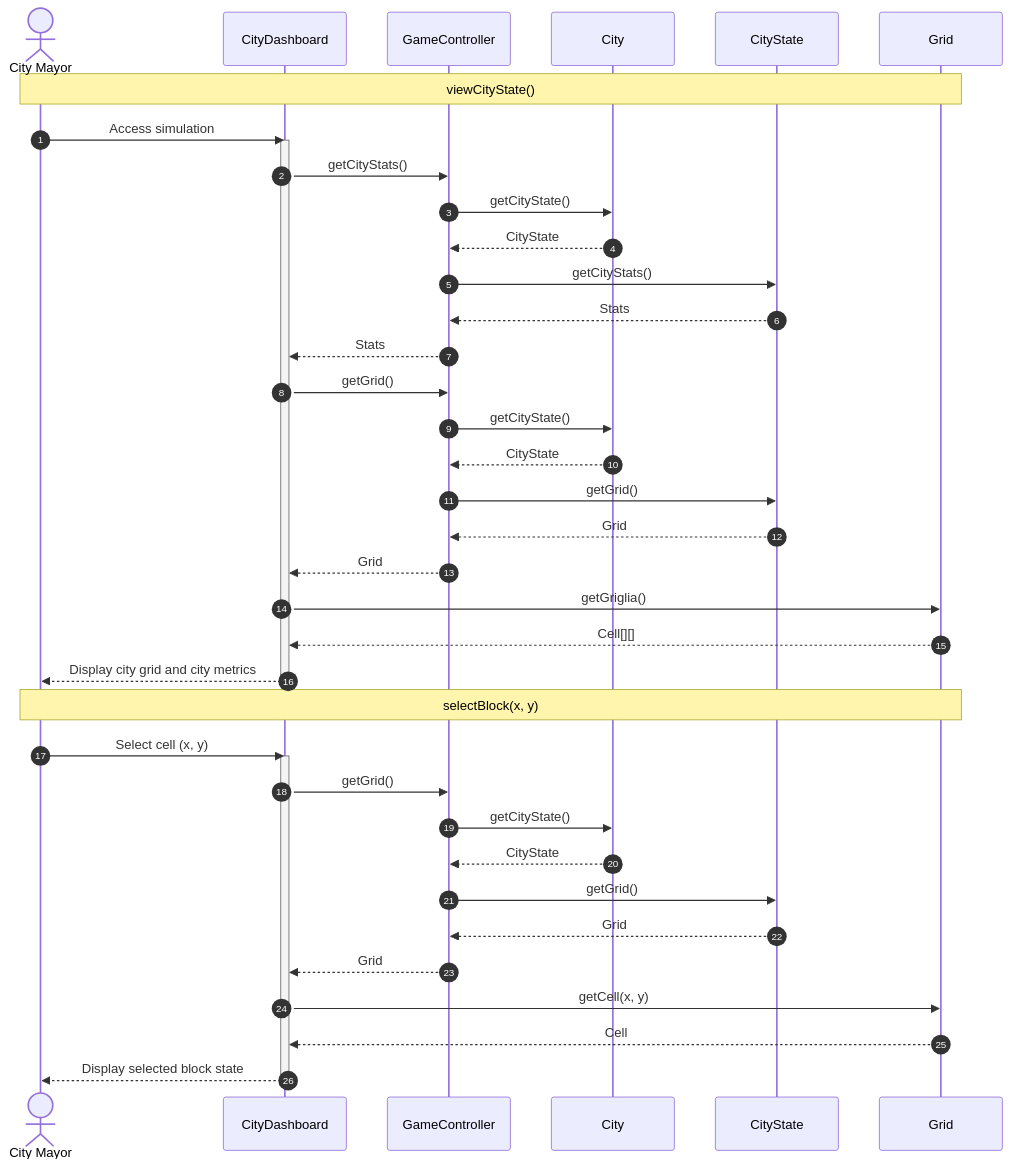
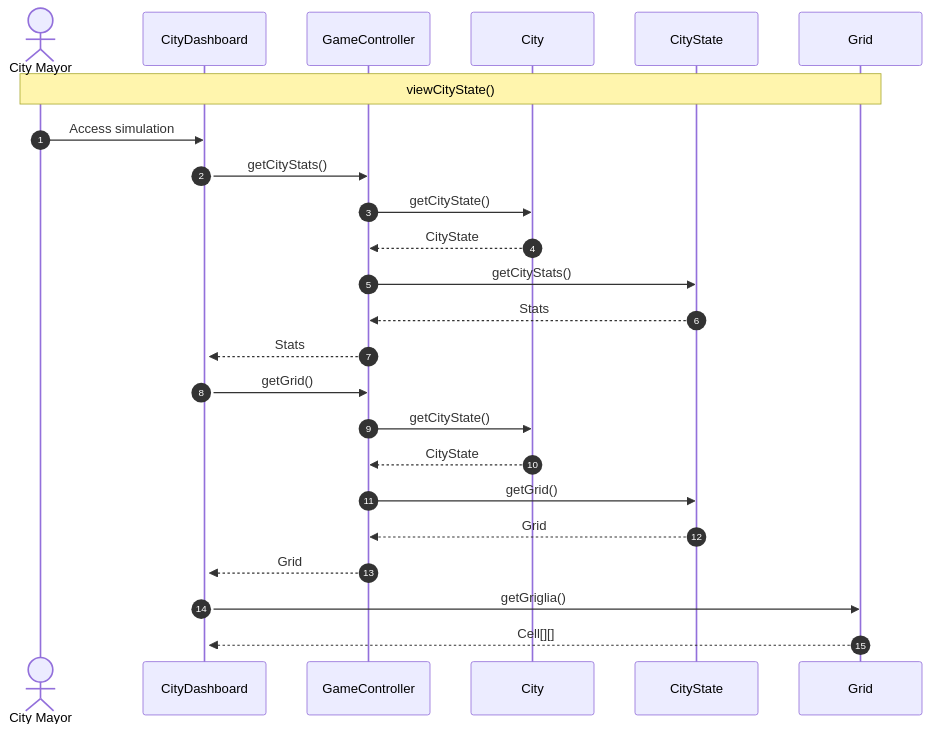
The diagram in docs/INTERNAL-SEQUENCE-DIAGRAM/isd-city-monitoring.md (andreatoson3-netizen/Amatriciana), drawn with Mermaid before and after one commit.

````diff
--- a/docs/INTERNAL-SEQUENCE-DIAGRAM/isd-city-monitoring.md
+++ b/docs/INTERNAL-SEQUENCE-DIAGRAM/isd-city-monitoring.md
@@ -1,54 +1,33 @@
 ```mermaid
 sequenceDiagram
     autonumber
     actor Mayor as City Mayor
     participant Dashboard as CityDashboard
     participant Controller as GameController
     participant City as City
     participant State as CityState
     participant Grid as Grid
 
     Note over Mayor,Grid: viewCityState()
 
     Mayor->>Dashboard: Access simulation
     activate Dashboard
 
     Dashboard->>Controller: getCityStats()
     Controller->>City: getCityState()
     City-->>Controller: CityState
     Controller->>State: getCityStats()
     State-->>Controller: Stats
     Controller-->>Dashboard: Stats
 
     Dashboard->>Controller: getGrid()
     Controller->>City: getCityState()
     City-->>Controller: CityState
     Controller->>State: getGrid()
     State-->>Controller: Grid
     Controller-->>Dashboard: Grid
 
     Dashboard->>Grid: getGriglia()
     Grid-->>Dashboard: Cell[][]
 
-    Dashboard-->>Mayor: Display city grid and city metrics
-    deactivate Dashboard
-
-
-    Note over Mayor,Grid: selectBlock(x, y)
-
-    Mayor->>Dashboard: Select cell (x, y)
-    activate Dashboard
-
-    Dashboard->>Controller: getGrid()
-    Controller->>City: getCityState()
-    City-->>Controller: CityState
-    Controller->>State: getGrid()
-    State-->>Controller: Grid
-    Controller-->>Dashboard: Grid
-
-    Dashboard->>Grid: getCell(x, y)
-    Grid-->>Dashboard: Cell
-
-    Dashboard-->>Mayor: Display selected block state
-    deactivate Dashboard
 ```
````
